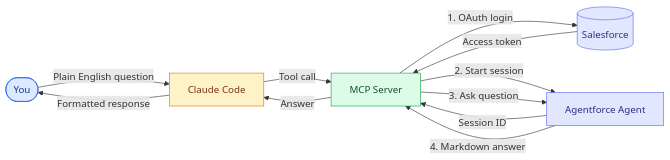
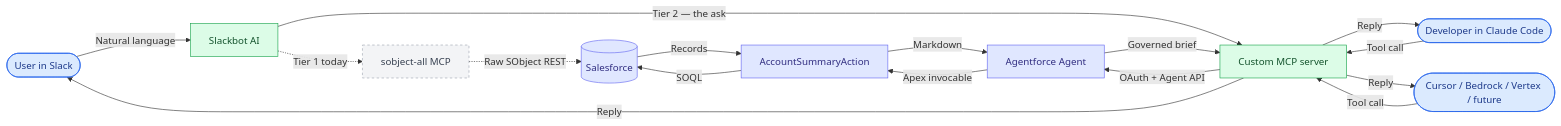
The diagram in docs/agentforce-mcp-enablement.md (anamitrasarkar/mcp-enablement), drawn with Mermaid before and after one commit. The commit also changed other lines of this file and 7 other files, not shown here.

````diff
--- a/docs/agentforce-mcp-enablement.md
+++ b/docs/agentforce-mcp-enablement.md
@@ -70,23 +79,30 @@
 ```mermaid
 flowchart LR
-    U([You]) -->|"Plain English question"| CC[Claude Code]
-    CC -->|"Tool call"| MCP[MCP Server]
-    MCP -->|"1. OAuth login"| SF[(Salesforce)]
-    SF -->|"Access token"| MCP
-    MCP -->|"2. Start session"| AG[Agentforce Agent]
-    AG -->|"Session ID"| MCP
-    MCP -->|"3. Ask question"| AG
-    AG -->|"4. Markdown answer"| MCP
-    MCP -->|"Answer"| CC
-    CC -->|"Formatted response"| U
+    SU([User in Slack]) -->|"Natural language"| SB[Slackbot AI]
+    SB -.->|"Tier 1 today"| SO[sobject-all MCP]
+    SO -.->|"Raw SObject REST"| SF[(Salesforce)]
+
+    SB -->|"Tier 2 — the ask"| MCP[Custom MCP server]
+    CC([Developer in Claude Code]) -->|"Tool call"| MCP
+    OT([Cursor / Bedrock / Vertex / future]) -->|"Tool call"| MCP
+
+    MCP -->|"OAuth + Agent API"| AG[Agentforce Agent]
+    AG -->|"Apex invocable"| APX[AccountSummaryAction]
+    APX -->|"SOQL"| SF
+    SF -->|"Records"| APX
+    APX -->|"Markdown"| AG
+    AG -->|"Governed brief"| MCP
+    MCP -->|"Reply"| SU
+    MCP -->|"Reply"| CC
+    MCP -->|"Reply"| OT
 
     classDef user fill:#dbeafe,stroke:#2563eb,color:#1e3a8a
-    classDef claude fill:#fef3c7,stroke:#d97706,color:#78350f
+    classDef today fill:#f3f4f6,stroke:#9ca3af,color:#374151,stroke-dasharray: 4 4
     classDef bridge fill:#dcfce7,stroke:#16a34a,color:#14532d
     classDef sf fill:#e0e7ff,stroke:#6366f1,color:#312e81
 
-    class U user
-    class CC claude
-    class MCP bridge
-    class AG,SF sf
+    class SU,CC,OT user
+    class SO today
+    class SB,MCP bridge
+    class AG,APX,SF sf
 ```
````
